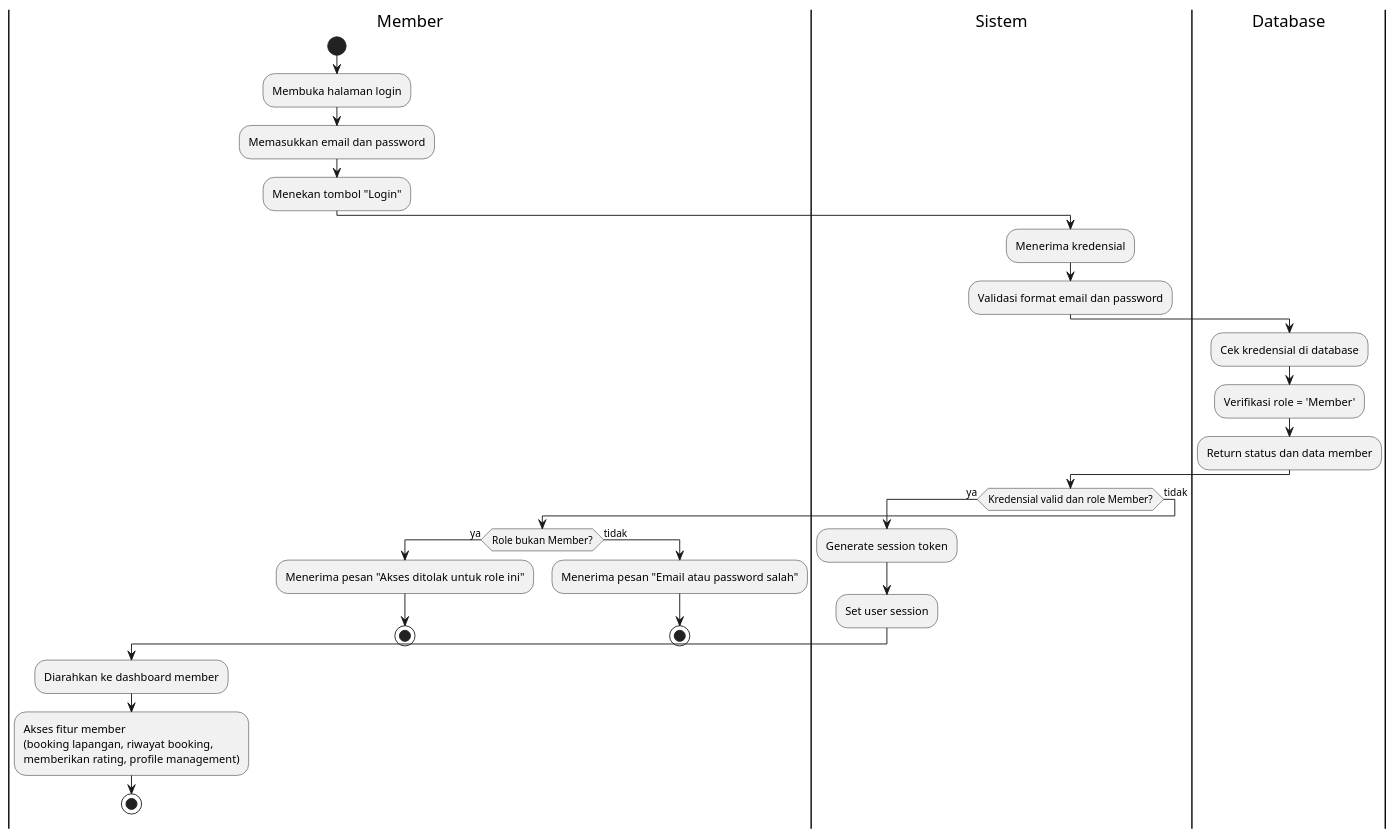
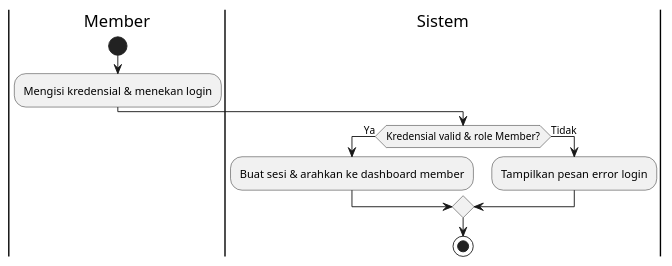
One commit to myasirnovals/Appl changed the diagram in JurnalAPPL/ActivityDiagram/loginMember.puml. Above: the diagram before and after it, drawn with PlantUML. The commit also changed 92 other files, not shown here.

Commit message:
memperbaiki seluruh diagram

```diff
--- a/JurnalAPPL/ActivityDiagram/loginMember.puml
+++ b/JurnalAPPL/ActivityDiagram/loginMember.puml
@@ -1,38 +1,13 @@
 @startuml
 |Member|
 start
-:Membuka halaman login;
-:Memasukkan email dan password;
-:Menekan tombol "Login";
+:Mengisi kredensial & menekan login;
 
 |Sistem|
-:Menerima kredensial;
-:Validasi format email dan password;
-
-|Database|
-:Cek kredensial di database;
-:Verifikasi role = 'Member';
-:Return status dan data member;
-
-|Sistem|
-if (Kredensial valid dan role Member?) then (ya)
-  :Generate session token;
-  :Set user session;
-  |Member|
-  :Diarahkan ke dashboard member;
-  :Akses fitur member
-  (booking lapangan, riwayat booking,
-  memberikan rating, profile management);
-  stop
-else (tidak)
-  if (Role bukan Member?) then (ya)
-    |Member|
-    :Menerima pesan "Akses ditolak untuk role ini";
-    stop
-  else (tidak)
-    |Member|
-    :Menerima pesan "Email atau password salah";
-    stop
-  endif
+if (Kredensial valid & role Member?) then (Ya)
+  :Buat sesi & arahkan ke dashboard member;
+else (Tidak)
+  :Tampilkan pesan error login;
 endif
+stop
 @enduml
```
